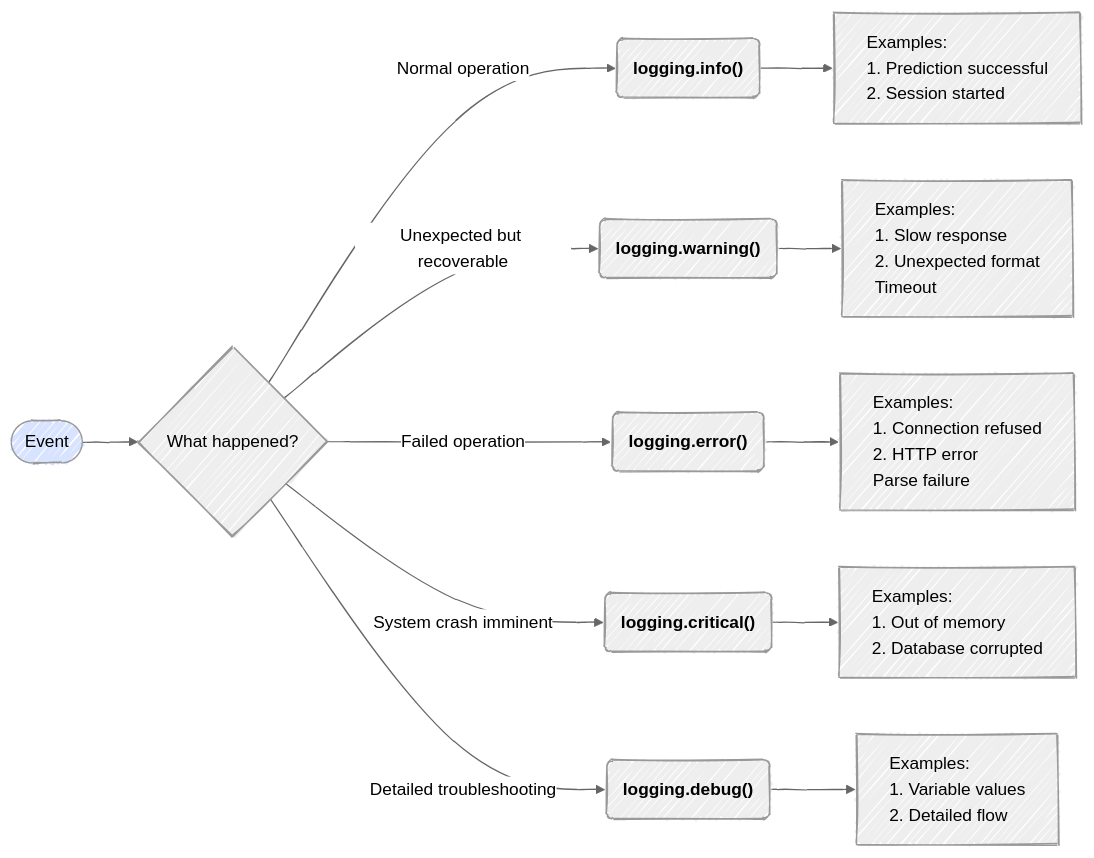
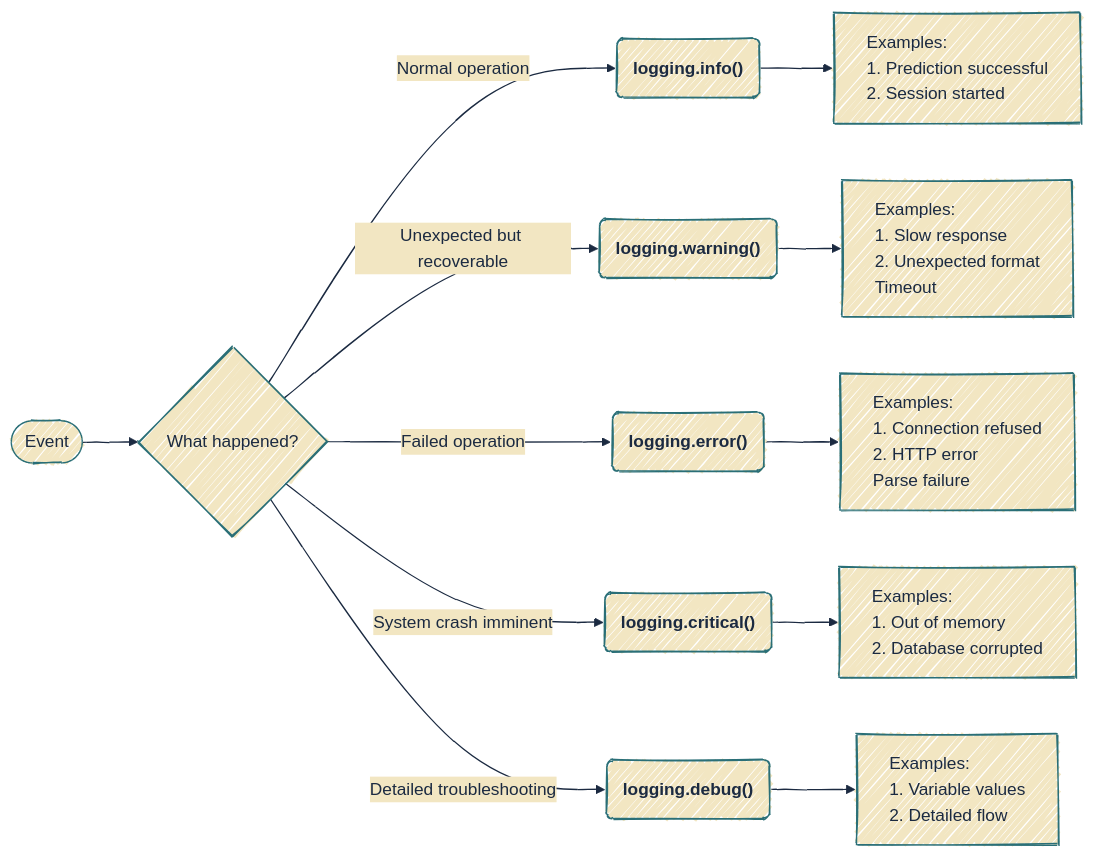
One commit to mjfrigaard/do4ds-labs changed diagram 13 of 15 in app-log-py.qmd. Above: the diagram before and after it, drawn with Mermaid. The commit also changed other lines of this file and 88 other files, not shown here.

````diff
--- a/app-log-py.qmd
+++ b/app-log-py.qmd
@@ -1574,30 +1545,29 @@
 ```{mermaid}
 %%| fig-cap: 'Logging Levels Decision Tree'
 %%| fig-width: 7.0
 %%| fig-align: center
-%%{init: {'theme': 'neutral', 'look': 'handDrawn', 'themeVariables': { 'fontFamily': 'monospace'}}}%%
+%%{init: {'theme': 'base', 'look': 'handDrawn', 'themeVariables': { 'fontFamily': 'monospace', 'primaryColor': '#F2E6C2', 'primaryBorderColor': '#2A6F77', 'primaryTextColor': '#1B2A41', 'secondaryColor': '#d4e7e4', 'tertiaryColor': '#f5f0e4', 'lineColor': '#1B2A41', 'edgeLabelBackground': '#F2E6C2'}}}%%
 
 graph LR
     A(["Event"]) --> B{"What happened?"}
     
     B -->|Normal operation| C("<strong>logging.info()</strong>")
     B -->|Unexpected but recoverable| D("<strong>logging.warning()</strong>")
     B -->|Failed operation| E("<strong>logging.error()</strong>")
     B -->|System crash imminent| F("<strong>logging.critical()</strong>")
     B -->|Detailed troubleshooting| G("<strong>logging.debug()</strong>")
     
     C --> C1["Examples:<br/>1. Prediction successful<br/>2. Session started"]
     D --> D1["Examples:<br/>1. Slow response<br/>2. Unexpected format<br/>Timeout"]
     E --> E1["Examples:<br/>1. Connection refused<br/>2. HTTP error<br/>Parse failure"]
     F --> F1["Examples:<br/>1. Out of memory<br/>2. Database corrupted"]
     G --> G1["Examples:<br/>1. Variable values<br/>2. Detailed flow"]
     
     style C1 text-align:left
     style D1 text-align:left
     style E1 text-align:left
     style F1 text-align:left
     style G1 text-align:left
     
-    style A fill:#d8e4ff
     
 ```
````
